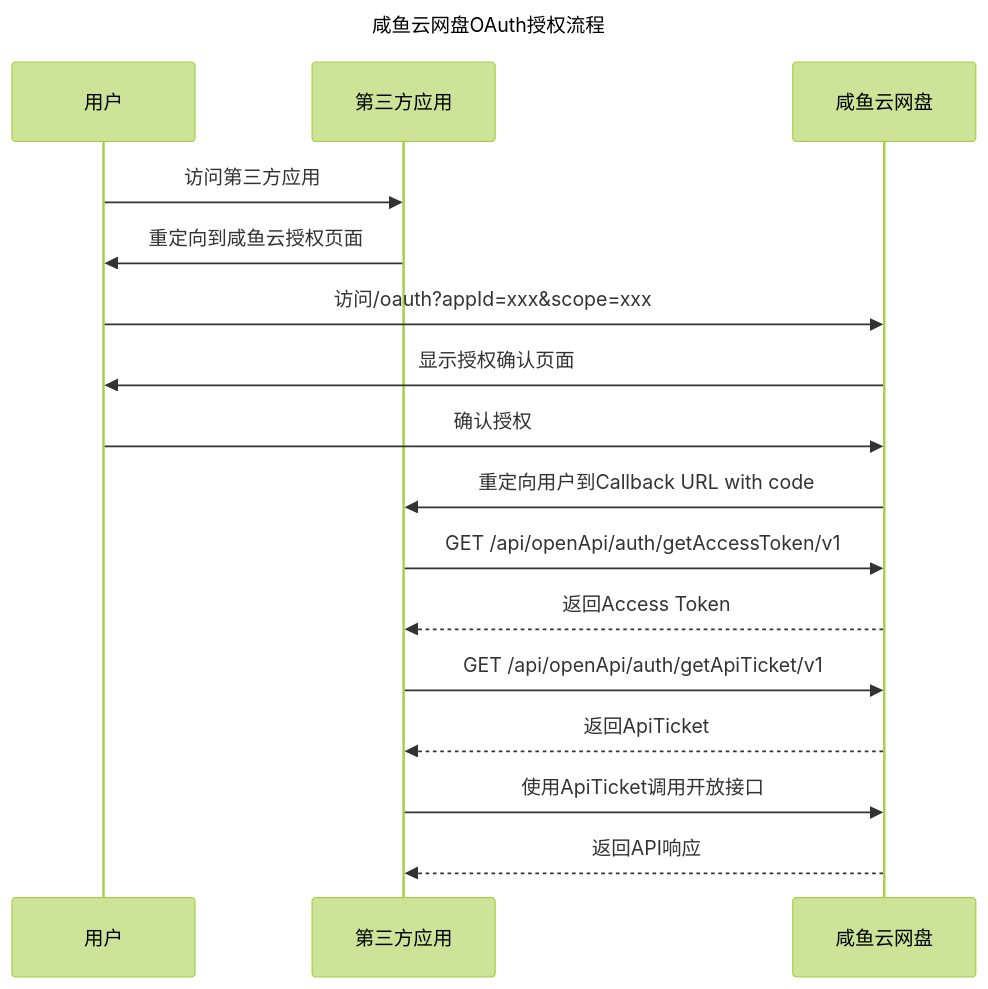
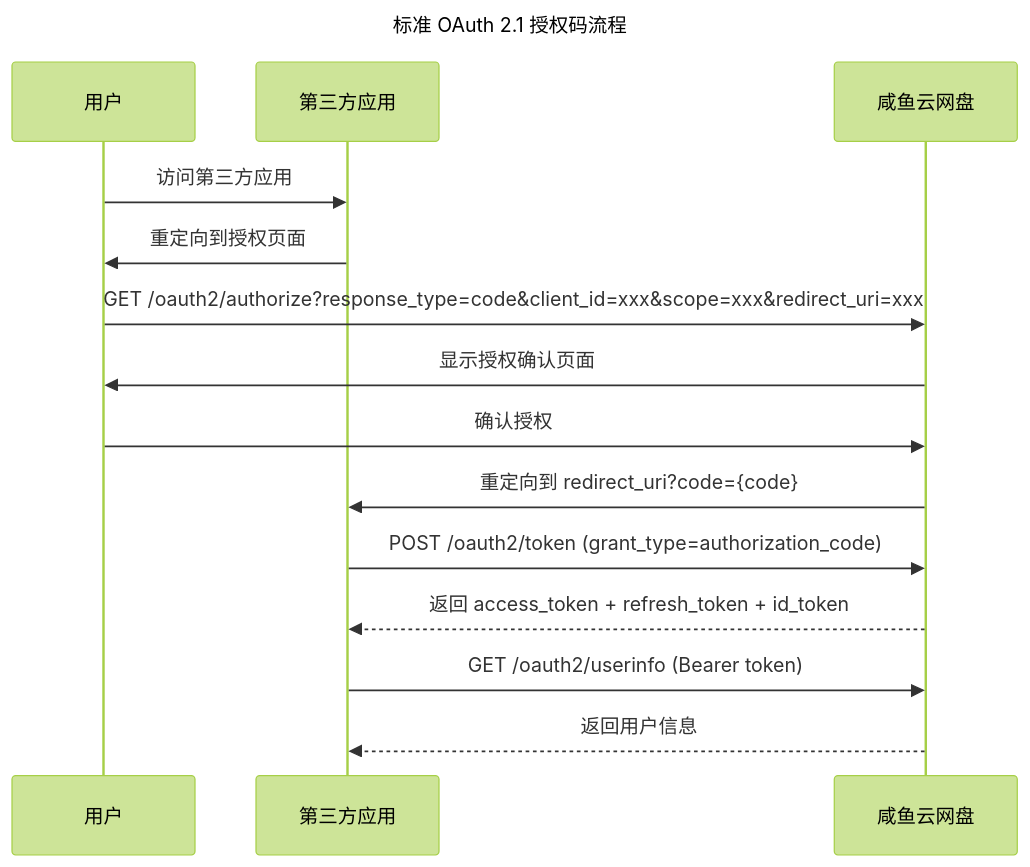
The first of 2 diagrams in docs/oauth/index.md (mjt233/saltedfishcloud-backend), drawn with Mermaid (forest theme) before and after one commit. The commit also changed other lines of this file and 29 other files, not shown here.

````diff
--- a/docs/oauth/index.md
+++ b/docs/oauth/index.md
@@ -71,20 +53,18 @@
 ```mermaid
 sequenceDiagram
-    title 咸鱼云网盘OAuth授权流程
+    title 标准 OAuth 2.1 授权码流程
     participant User as 用户
-    participant ThirdPartyApp as 第三方应用
-    participant SaltedFishCloud as 咸鱼云网盘
+    participant Client as 第三方应用
+    participant Server as 咸鱼云网盘
     
-    User->>ThirdPartyApp: 访问第三方应用
-    ThirdPartyApp->>User: 重定向到咸鱼云授权页面
-    User->>SaltedFishCloud: 访问/oauth?appId=xxx&scope=xxx
-    SaltedFishCloud->>User: 显示授权确认页面
-    User->>SaltedFishCloud: 确认授权
-    SaltedFishCloud->>ThirdPartyApp: 重定向用户到Callback URL with code
-    ThirdPartyApp->>SaltedFishCloud: GET /api/openApi/auth/getAccessToken/v1
-    SaltedFishCloud-->>ThirdPartyApp: 返回Access Token
-    ThirdPartyApp->>SaltedFishCloud: GET /api/openApi/auth/getApiTicket/v1
-    SaltedFishCloud-->>ThirdPartyApp: 返回ApiTicket
-    ThirdPartyApp->>SaltedFishCloud: 使用ApiTicket调用开放接口
-    SaltedFishCloud-->>ThirdPartyApp: 返回API响应
+    User->>Client: 访问第三方应用
+    Client->>User: 重定向到授权页面
+    User->>Server: GET /oauth2/authorize?response_type=code&client_id=xxx&scope=xxx&redirect_uri=xxx
+    Server->>User: 显示授权确认页面
+    User->>Server: 确认授权
+    Server->>Client: 重定向到 redirect_uri?code={code}
+    Client->>Server: POST /oauth2/token (grant_type=authorization_code)
+    Server-->>Client: 返回 access_token + refresh_token + id_token
+    Client->>Server: GET /oauth2/userinfo (Bearer token)
+    Server-->>Client: 返回用户信息
 ```
````
